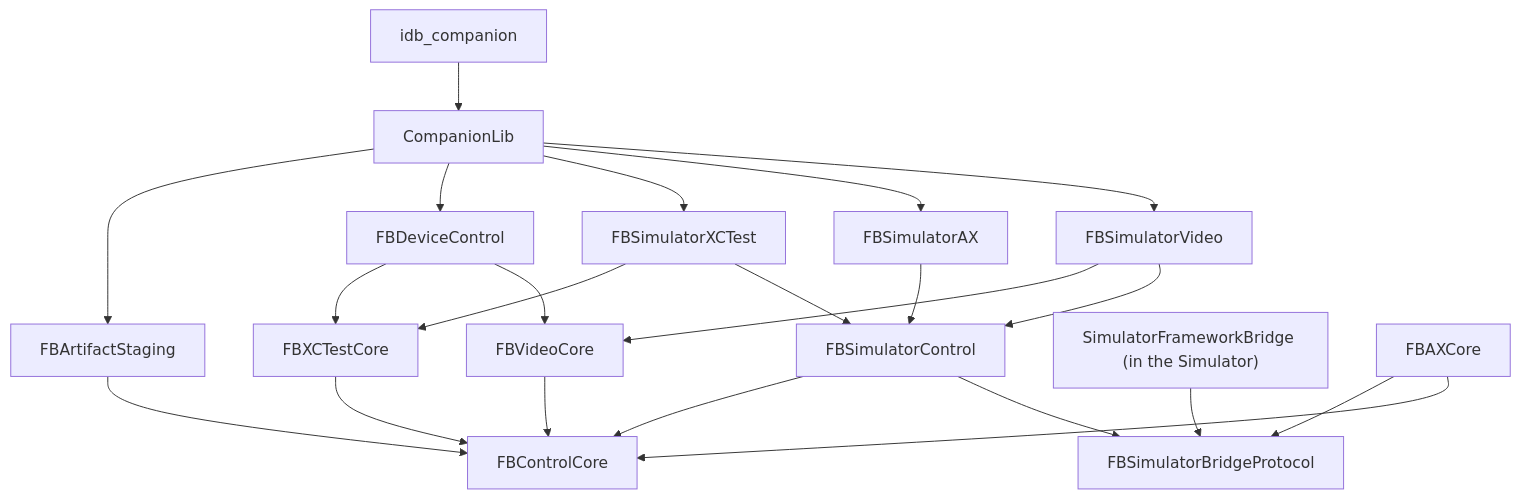
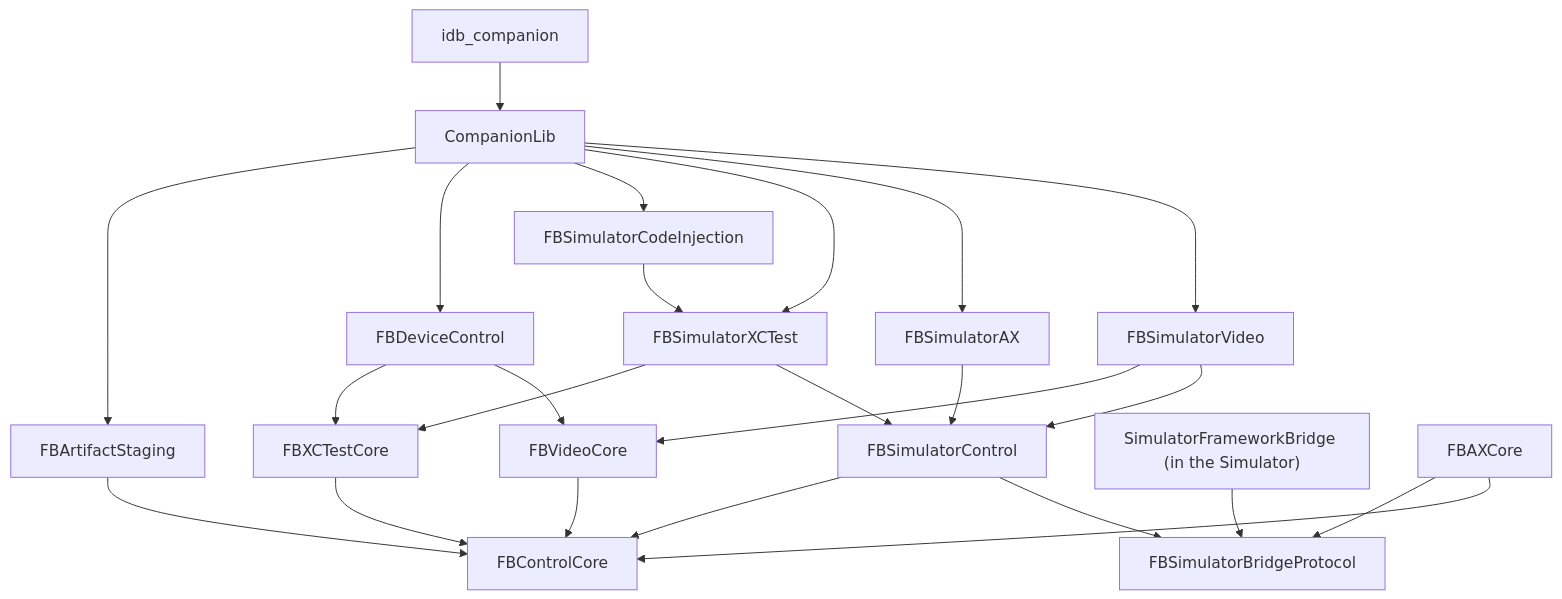
One commit to facebook/idb changed the second of 2 diagrams in website/docs/idb/architecture.mdx. Above: the diagram before and after it, drawn with Mermaid. The commit also changed other lines of this file and 19 other files, not shown here.

First line of the commit message:
Move REPL launching into FBSimulatorCodeInjection

````diff
--- a/website/docs/idb/architecture.mdx
+++ b/website/docs/idb/architecture.mdx
@@ -81,24 +81,26 @@
 ```mermaid
 flowchart TD
     companion["idb_companion"] --> CompanionLib
     CompanionLib --> FBSimulatorVideo
     CompanionLib --> FBSimulatorAX
     CompanionLib --> FBSimulatorXCTest
+    CompanionLib --> FBSimulatorCodeInjection
     CompanionLib --> FBDeviceControl
     CompanionLib --> FBArtifactStaging
     FBSimulatorVideo --> FBSimulatorControl
     FBSimulatorVideo --> FBVideoCore
     FBSimulatorAX --> FBSimulatorControl
     FBSimulatorXCTest --> FBSimulatorControl
     FBSimulatorXCTest --> FBXCTestCore
+    FBSimulatorCodeInjection --> FBSimulatorXCTest
     FBSimulatorControl --> FBSimulatorBridgeProtocol
     guest["SimulatorFrameworkBridge (in the Simulator)"] --> FBSimulatorBridgeProtocol
     FBDeviceControl --> FBVideoCore
     FBDeviceControl --> FBXCTestCore
     FBVideoCore --> FBControlCore
     FBAXCore --> FBControlCore
     FBAXCore --> FBSimulatorBridgeProtocol
     FBXCTestCore --> FBControlCore
     FBArtifactStaging --> FBControlCore
     FBSimulatorControl --> FBControlCore
 ```
````
